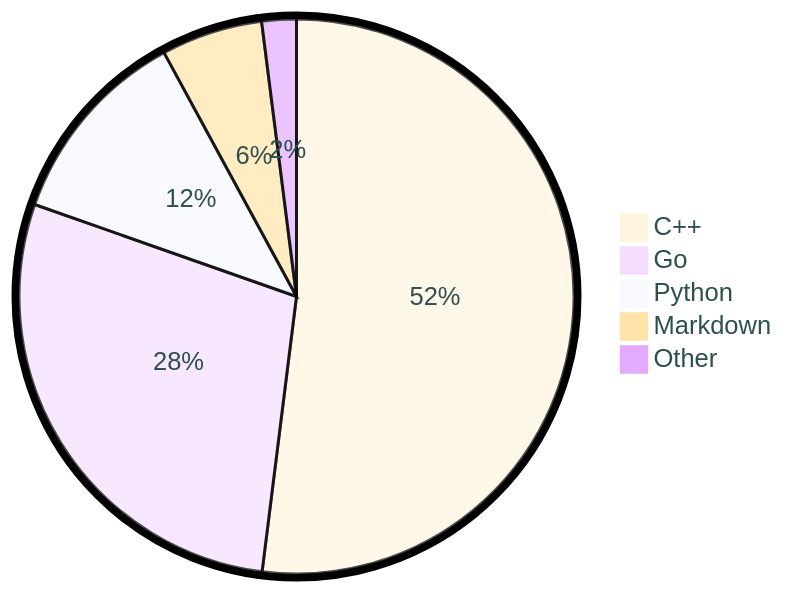
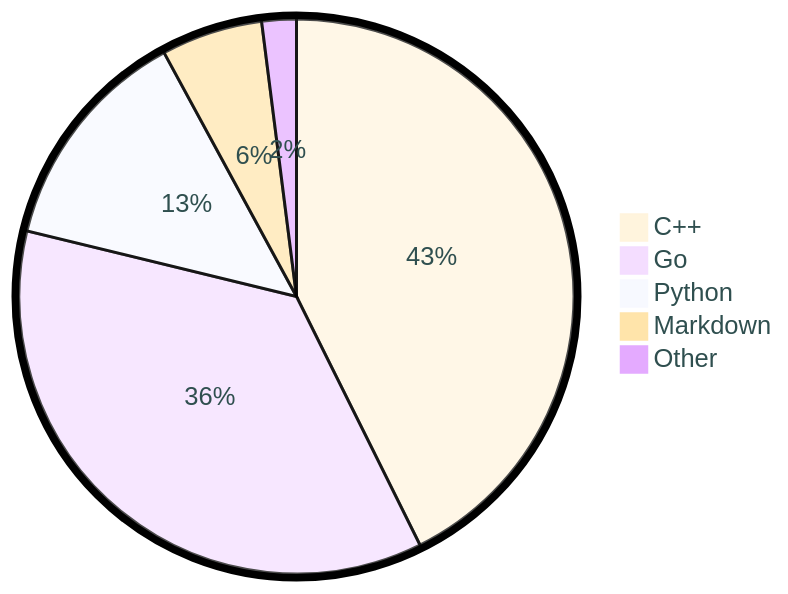
The diagram in README.md (tot0p/tot0p), drawn with Mermaid before and after one commit. The commit also changed other lines of this file, not shown here.

````diff
--- a/README.md
+++ b/README.md
@@ -77,9 +77,9 @@
 ```mermaid
 %%{init: {"pie": {"textPosition": 0.5}, "themeVariables": {"pieOuterStrokeWidth": "5px","primaryTextColor" : "#2F4F4F"},"theme":"base"} }%%
 pie
-	"C++": 51.98
-	"Go": 28.4
-	"Python": 11.7
+	"C++": 42.66
+	"Go": 36.14
+	"Python": 13.28
 	"Markdown": 5.91
 	"Other": 2.01
 ```
````
